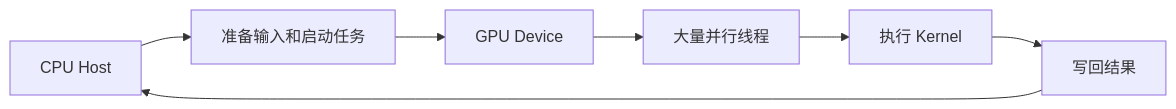
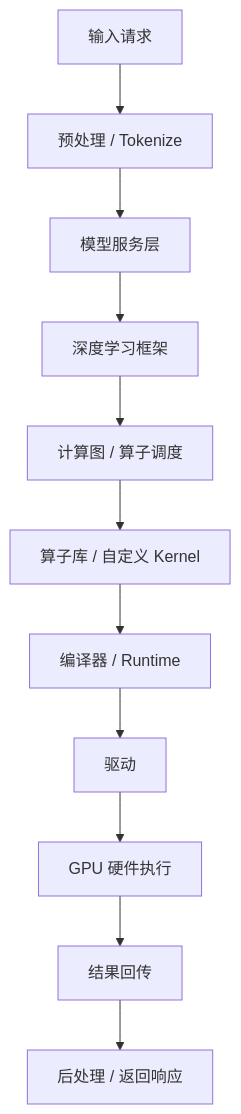
One commit to Weihong-Liu/hello-ai-infra changed the first of 4 diagrams in docs/part1-hardware-rocm/chapter2/index.md. Above: the diagram before and after it, drawn with Mermaid. The commit also changed other lines of this file and 231 other files, not shown here.

First line of the commit message:
docs: renumber chapters and add figure references

````diff
--- a/docs/part1-hardware-rocm/chapter2/index.md
+++ b/docs/part1-hardware-rocm/chapter2/index.md
@@ -34,9 +25,13 @@
 ```mermaid
-flowchart LR
-    A[CPU Host] --> B[准备输入和启动任务]
-    B --> C[GPU Device]
-    C --> D[大量并行线程]
-    D --> E[执行 Kernel]
-    E --> F[写回结果]
-    F --> A
+flowchart TD
+    A[输入请求] --> B[预处理 / Tokenize]
+    B --> C[模型服务层]
+    C --> D[深度学习框架]
+    D --> E[计算图 / 算子调度]
+    E --> F[算子库 / 自定义 Kernel]
+    F --> G[编译器 / Runtime]
+    G --> H[驱动]
+    H --> I[GPU 硬件执行]
+    I --> J[结果回传]
+    J --> K[后处理 / 返回响应]
 ```
````
